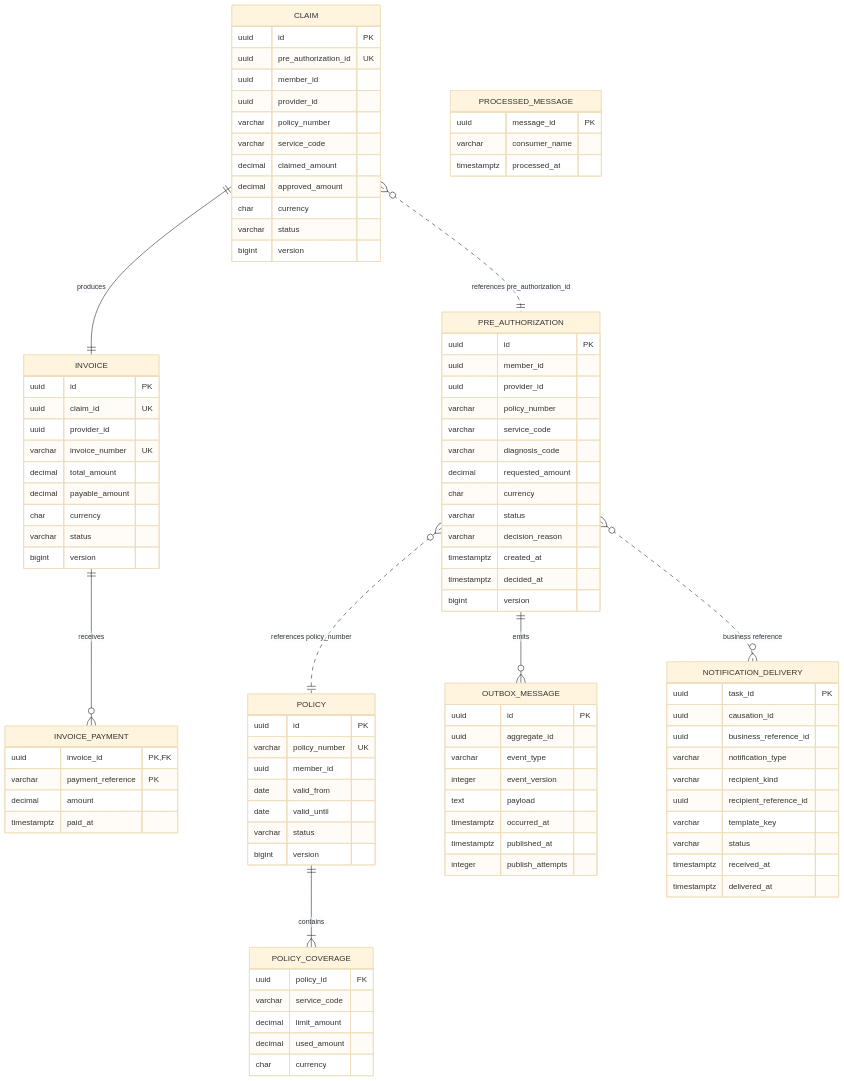
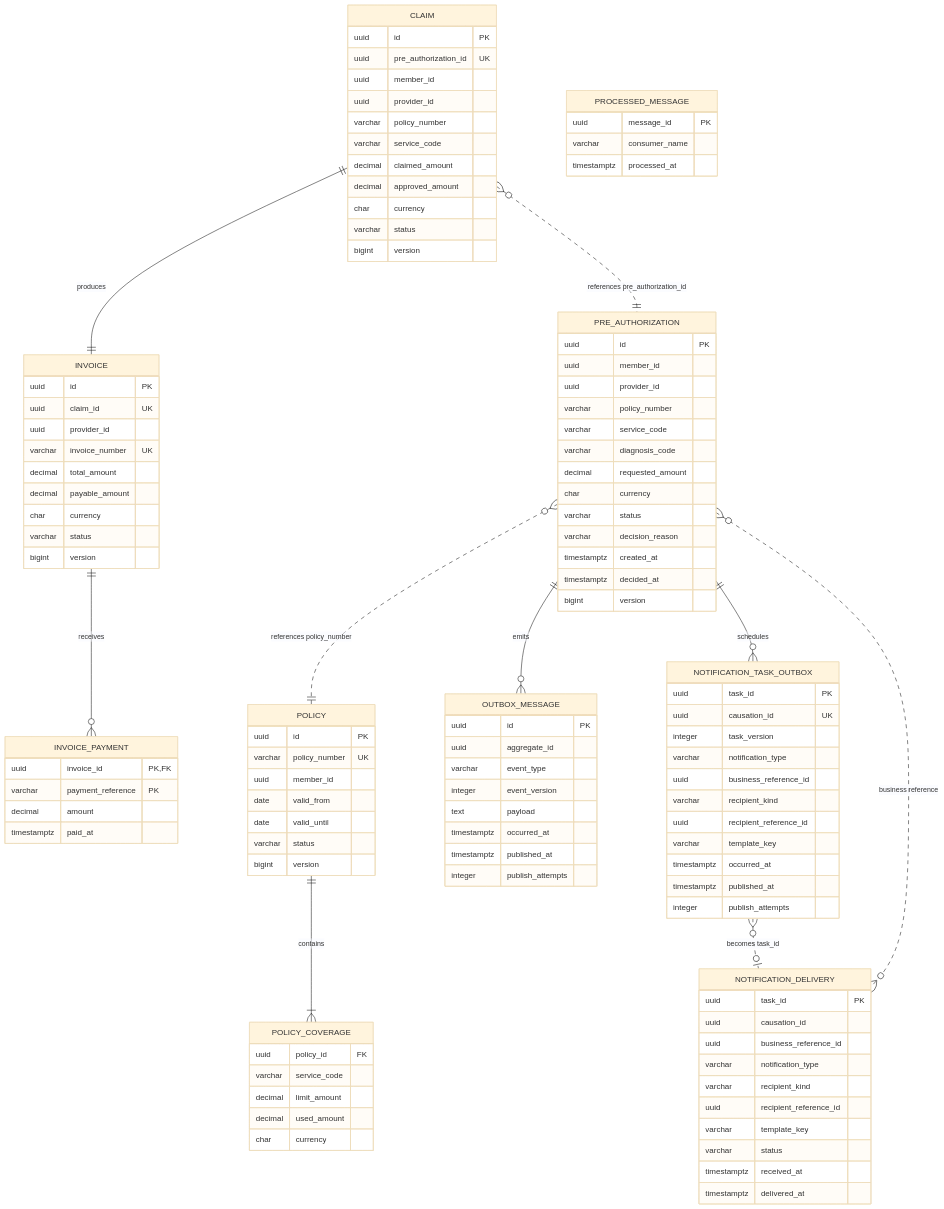
The diagram in docs/architecture/data-model.md (aydindemir1/health-insurance-platform), drawn with Mermaid (base theme) before and after one commit. The commit also changed other lines of this file and 9 other files, not shown here.

Commit message:
docs: explain notification producer outbox

```diff
--- a/docs/architecture/data-model.md
+++ b/docs/architecture/data-model.md
@@ -11,6 +11,8 @@
     INVOICE ||--o{ INVOICE_PAYMENT : receives
     CLAIM }o..|| PRE_AUTHORIZATION : "references pre_authorization_id"
     PRE_AUTHORIZATION ||--o{ OUTBOX_MESSAGE : emits
+    PRE_AUTHORIZATION ||--o{ NOTIFICATION_TASK_OUTBOX : schedules
+    NOTIFICATION_TASK_OUTBOX }o..o| NOTIFICATION_DELIVERY : "becomes task_id"
     PRE_AUTHORIZATION }o..o{ NOTIFICATION_DELIVERY : "business reference"
 
     POLICY {
@@ -84,6 +86,19 @@
         timestamptz published_at
         integer publish_attempts
     }
+    NOTIFICATION_TASK_OUTBOX {
+        uuid task_id PK
+        uuid causation_id UK
+        integer task_version
+        varchar notification_type
+        uuid business_reference_id
+        varchar recipient_kind
+        uuid recipient_reference_id
+        varchar template_key
+        timestamptz occurred_at
+        timestamptz published_at
+        integer publish_attempts
+    }
     PROCESSED_MESSAGE {
         uuid message_id PK
         varchar consumer_name
```
